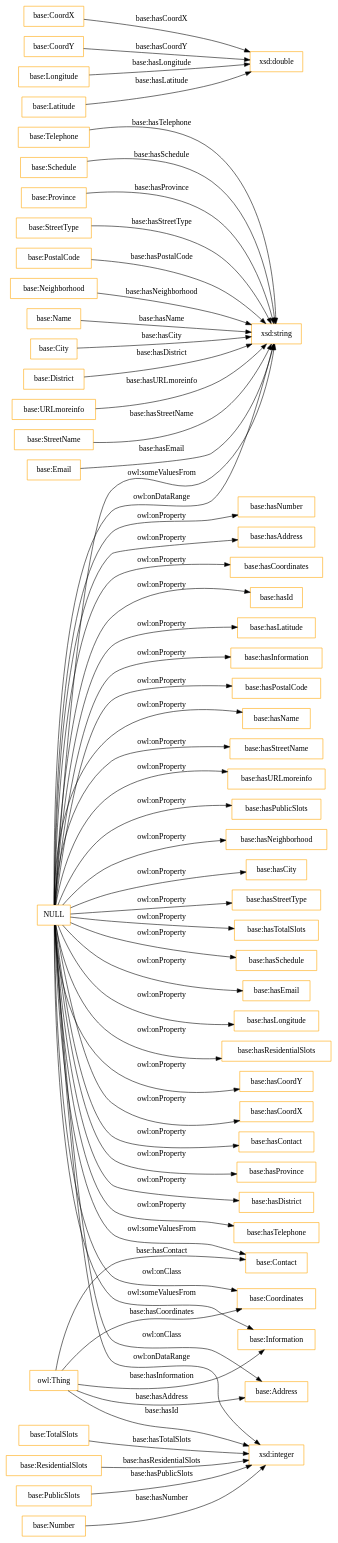
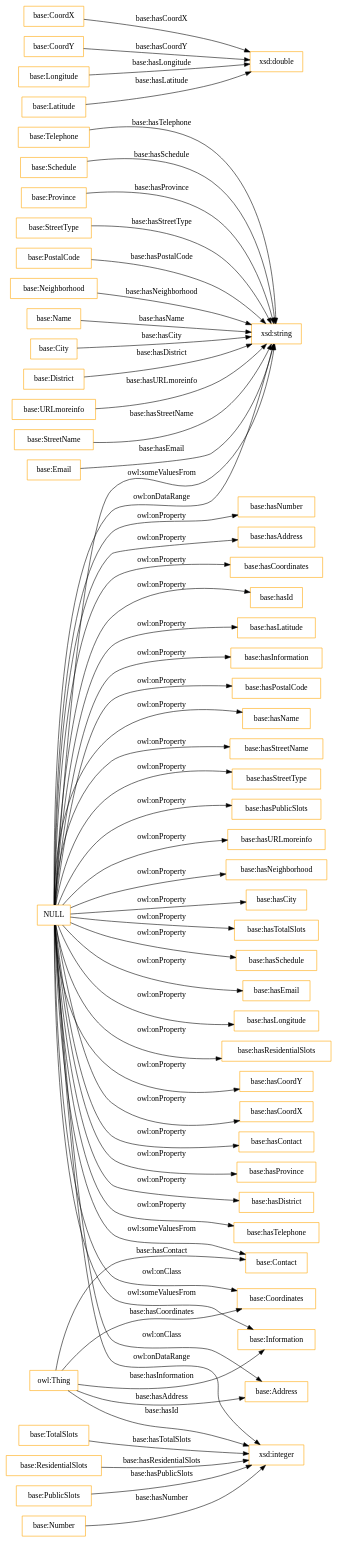
The diagram in OnToology/HandsOn/Group02/ontology/ontology.ttl/diagrams/ar2dtool-class/ontology.ttl.png.dot (adrix1341/Curso2020-2021), drawn with Graphviz before and after one commit. The commit also changed other lines of this file and 5 other files, not shown here.

```diff
--- a/OnToology/HandsOn/Group02/ontology/ontology.ttl/diagrams/ar2dtool-class/ontology.ttl.png.dot
+++ b/OnToology/HandsOn/Group02/ontology/ontology.ttl/diagrams/ar2dtool-class/ontology.ttl.png.dot
@@ -1,63 +1,63 @@
 digraph ar2dtool_diagram { 
 rankdir=LR;
 size="1501"
 node [shape = rectangle, color="orange"]; "base:Telephone" "base:Schedule" "base:Province" "base:StreetType" "base:CoordX" "base:PostalCode" "base:Contact" "base:Neighborhood" "base:Name" "base:City" "base:District" "base:CoordY" "base:TotalSlots" "base:URLmoreinfo" "base:Address" "base:ResidentialSlots" "base:StreetName" "base:PublicSlots" "base:Coordinates" "base:Email" "base:Number" "base:Longitude" "base:Information" "base:Latitude" ; /*classes style*/
 	"NULL" -> "base:hasResidentialSlots" [ label = "owl:onProperty" ];
 	"NULL" -> "base:hasCoordY" [ label = "owl:onProperty" ];
+	"NULL" -> "base:hasCoordX" [ label = "owl:onProperty" ];
 	"NULL" -> "xsd:string" [ label = "owl:someValuesFrom" ];
-	"NULL" -> "base:hasCoordX" [ label = "owl:onProperty" ];
 	"NULL" -> "base:hasContact" [ label = "owl:onProperty" ];
 	"NULL" -> "base:hasProvince" [ label = "owl:onProperty" ];
 	"NULL" -> "xsd:integer" [ label = "owl:onDataRange" ];
 	"NULL" -> "base:hasDistrict" [ label = "owl:onProperty" ];
 	"NULL" -> "base:hasTelephone" [ label = "owl:onProperty" ];
 	"NULL" -> "base:Contact" [ label = "owl:someValuesFrom" ];
 	"NULL" -> "base:hasNumber" [ label = "owl:onProperty" ];
 	"NULL" -> "base:hasAddress" [ label = "owl:onProperty" ];
 	"NULL" -> "base:Coordinates" [ label = "owl:onClass" ];
 	"NULL" -> "base:hasCoordinates" [ label = "owl:onProperty" ];
 	"NULL" -> "base:hasId" [ label = "owl:onProperty" ];
 	"NULL" -> "base:hasLatitude" [ label = "owl:onProperty" ];
 	"NULL" -> "base:hasInformation" [ label = "owl:onProperty" ];
 	"NULL" -> "base:hasPostalCode" [ label = "owl:onProperty" ];
 	"NULL" -> "base:hasName" [ label = "owl:onProperty" ];
 	"NULL" -> "base:hasStreetName" [ label = "owl:onProperty" ];
-	"NULL" -> "base:hasURLmoreinfo" [ label = "owl:onProperty" ];
+	"NULL" -> "base:hasStreetType" [ label = "owl:onProperty" ];
 	"NULL" -> "base:hasPublicSlots" [ label = "owl:onProperty" ];
 	"NULL" -> "xsd:string" [ label = "owl:onDataRange" ];
+	"NULL" -> "base:hasURLmoreinfo" [ label = "owl:onProperty" ];
 	"NULL" -> "base:hasNeighborhood" [ label = "owl:onProperty" ];
 	"NULL" -> "base:hasCity" [ label = "owl:onProperty" ];
-	"NULL" -> "base:hasStreetType" [ label = "owl:onProperty" ];
 	"NULL" -> "base:hasTotalSlots" [ label = "owl:onProperty" ];
 	"NULL" -> "base:hasSchedule" [ label = "owl:onProperty" ];
 	"NULL" -> "base:hasEmail" [ label = "owl:onProperty" ];
 	"NULL" -> "base:Information" [ label = "owl:someValuesFrom" ];
 	"NULL" -> "base:Address" [ label = "owl:onClass" ];
 	"NULL" -> "base:hasLongitude" [ label = "owl:onProperty" ];
 	"owl:Thing" -> "base:Contact" [ label = "base:hasContact" ];
 	"base:TotalSlots" -> "xsd:integer" [ label = "base:hasTotalSlots" ];
 	"base:Name" -> "xsd:string" [ label = "base:hasName" ];
 	"base:Latitude" -> "xsd:double" [ label = "base:hasLatitude" ];
 	"base:Schedule" -> "xsd:string" [ label = "base:hasSchedule" ];
 	"base:Telephone" -> "xsd:string" [ label = "base:hasTelephone" ];
 	"owl:Thing" -> "xsd:integer" [ label = "base:hasId" ];
 	"base:ResidentialSlots" -> "xsd:integer" [ label = "base:hasResidentialSlots" ];
 	"base:StreetType" -> "xsd:string" [ label = "base:hasStreetType" ];
 	"base:Number" -> "xsd:integer" [ label = "base:hasNumber" ];
 	"base:City" -> "xsd:string" [ label = "base:hasCity" ];
 	"owl:Thing" -> "base:Information" [ label = "base:hasInformation" ];
 	"base:PublicSlots" -> "xsd:integer" [ label = "base:hasPublicSlots" ];
 	"base:StreetName" -> "xsd:string" [ label = "base:hasStreetName" ];
 	"owl:Thing" -> "base:Address" [ label = "base:hasAddress" ];
 	"base:Province" -> "xsd:string" [ label = "base:hasProvince" ];
 	"owl:Thing" -> "base:Coordinates" [ label = "base:hasCoordinates" ];
 	"base:Longitude" -> "xsd:double" [ label = "base:hasLongitude" ];
 	"base:CoordX" -> "xsd:double" [ label = "base:hasCoordX" ];
 	"base:CoordY" -> "xsd:double" [ label = "base:hasCoordY" ];
 	"base:District" -> "xsd:string" [ label = "base:hasDistrict" ];
 	"base:PostalCode" -> "xsd:string" [ label = "base:hasPostalCode" ];
 	"base:Email" -> "xsd:string" [ label = "base:hasEmail" ];
 	"base:Neighborhood" -> "xsd:string" [ label = "base:hasNeighborhood" ];
 	"base:URLmoreinfo" -> "xsd:string" [ label = "base:hasURLmoreinfo" ];
 
 }
```
